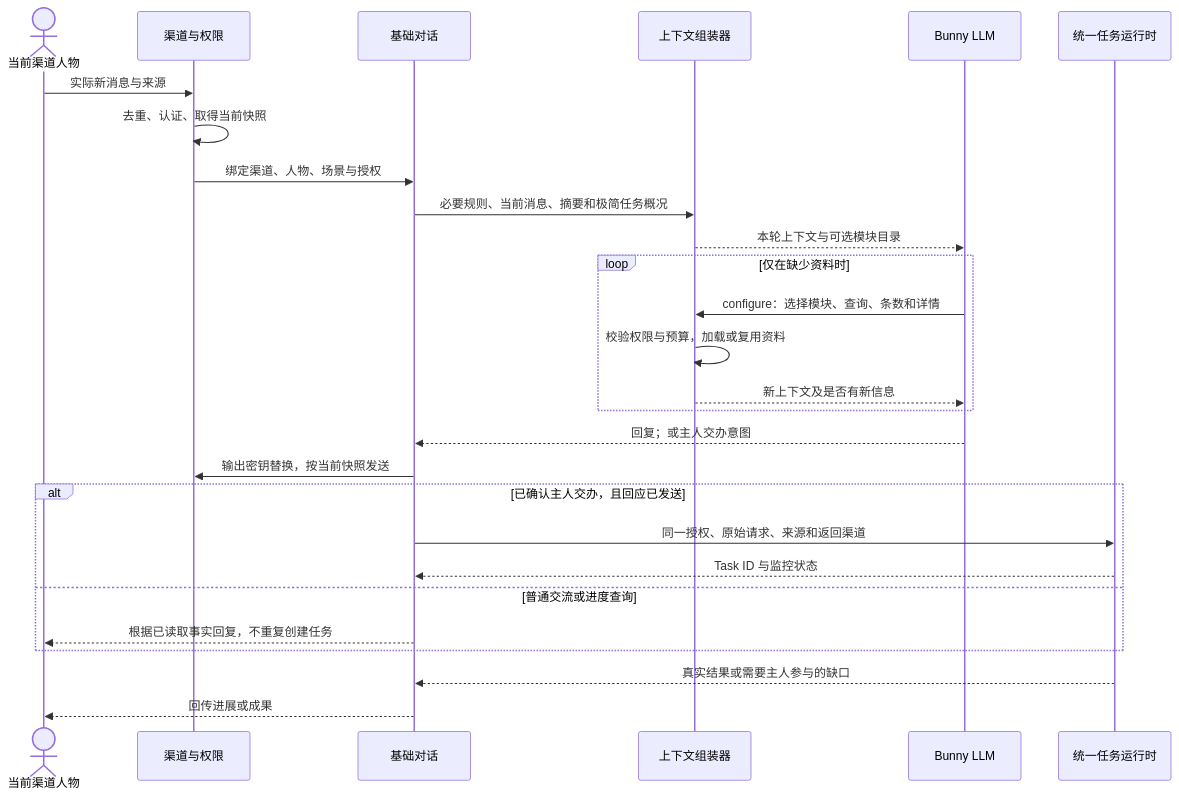
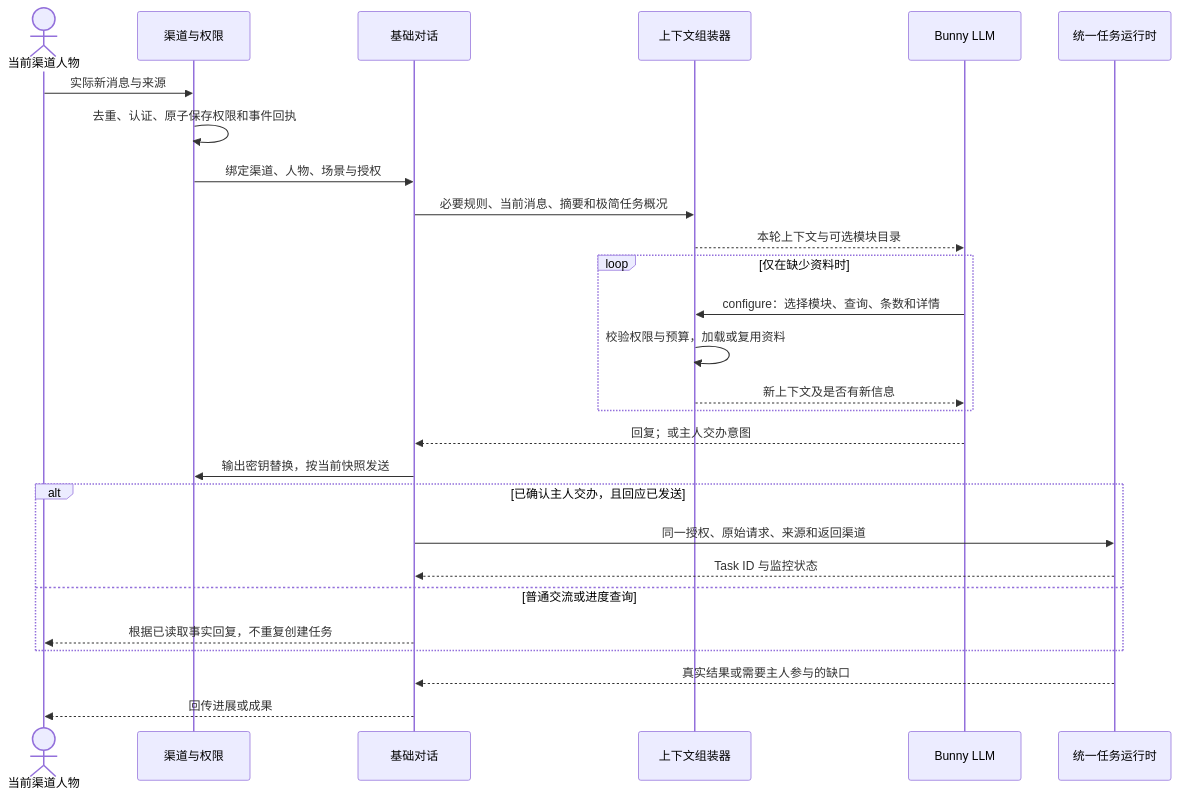
One commit to zhyuzh3d/workbunny changed the second of 8 diagrams in docs/flows.md. Above: the diagram before and after it, drawn with Mermaid. The commit also changed other lines of this file and 61 other files, not shown here.

````diff
--- a/docs/flows.md
+++ b/docs/flows.md
@@ -32,29 +32,29 @@
 ```mermaid
 sequenceDiagram
     actor Person as 当前渠道人物
     participant Channel as 渠道与权限
     participant Chat as 基础对话
     participant Assembler as 上下文组装器
     participant Model as Bunny LLM
     participant Runtime as 统一任务运行时
     Person->>Channel: 实际新消息与来源
-    Channel->>Channel: 去重、认证、取得当前快照
+    Channel->>Channel: 去重、认证、原子保存权限和事件回执
     Channel->>Chat: 绑定渠道、人物、场景与授权
     Chat->>Assembler: 必要规则、当前消息、摘要和极简任务概况
     Assembler-->>Model: 本轮上下文与可选模块目录
     loop 仅在缺少资料时
         Model->>Assembler: configure：选择模块、查询、条数和详情
         Assembler->>Assembler: 校验权限与预算，加载或复用资料
         Assembler-->>Model: 新上下文及是否有新信息
     end
     Model-->>Chat: 回复；或主人交办意图
     Chat->>Channel: 输出密钥替换，按当前快照发送
     alt 已确认主人交办，且回应已发送
         Chat->>Runtime: 同一授权、原始请求、来源和返回渠道
         Runtime-->>Chat: Task ID 与监控状态
     else 普通交流或进度查询
         Chat-->>Person: 根据已读取事实回复，不重复创建任务
     end
     Runtime-->>Chat: 真实结果或需要主人参与的缺口
     Chat-->>Person: 回传进展或成果
 ```
````
